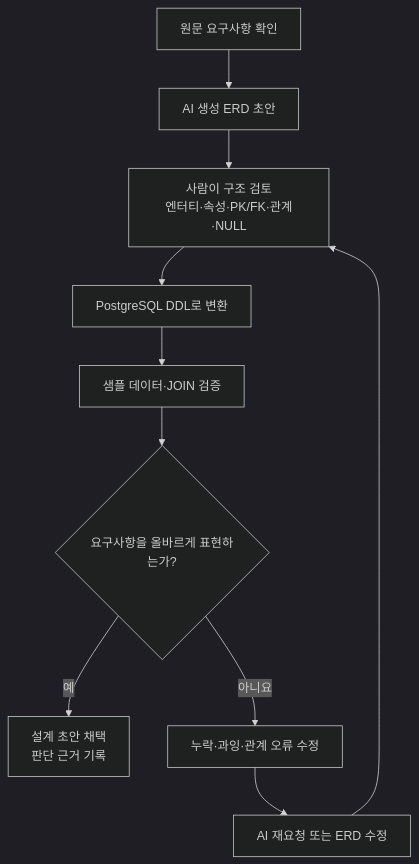
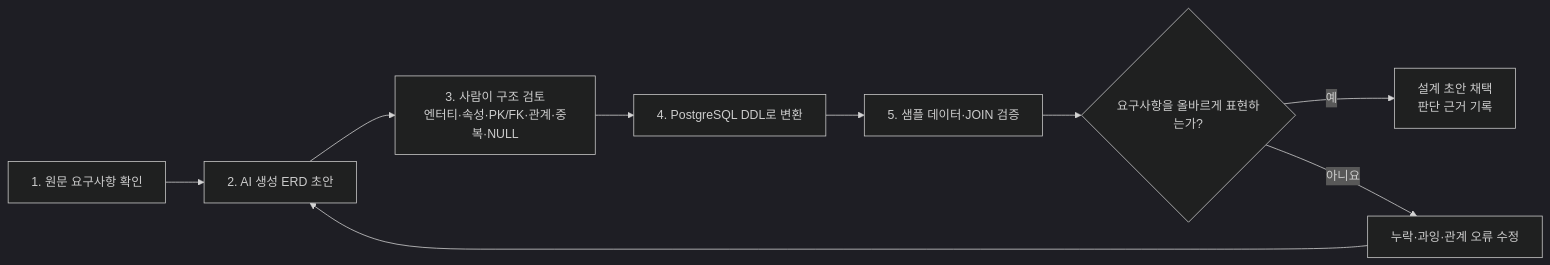
One commit to GilbertMoon/ai-database-book changed the diagram in images/chapter05/ch05_08_ai_erd_review_flow.mmd. Above: the diagram before and after it, drawn with Mermaid (dark theme).

Commit message:
Finalize Chapter 05 AI ERD review Mermaid

```diff
--- a/images/chapter05/ch05_08_ai_erd_review_flow.mmd
+++ b/images/chapter05/ch05_08_ai_erd_review_flow.mmd
@@ -1,14 +1,9 @@
-flowchart TD
-    A[원문 요구사항 확인]
-    B[AI 생성 ERD 초안]
-    C[사람이 구조 검토<br/>엔터티·속성·PK/FK·관계·NULL]
-    D[PostgreSQL DDL로 변환]
-    E[샘플 데이터·JOIN 검증]
-    F{요구사항을 올바르게 표현하는가?}
-    G[설계 초안 채택<br/>판단 근거 기록]
-    H[누락·과잉·관계 오류 수정]
-    I[AI 재요청 또는 ERD 수정]
-
-    A --> B --> C --> D --> E --> F
-    F -- 예 --> G
-    F -- 아니요 --> H --> I --> C
+flowchart LR
+    A[1. 원문 요구사항 확인] --> B[2. AI 생성 ERD 초안]
+    B --> C[3. 사람이 구조 검토<br/>엔터티·속성·PK/FK·관계·중복·NULL]
+    C --> D[4. PostgreSQL DDL로 변환]
+    D --> E[5. 샘플 데이터·JOIN 검증]
+    E --> F{요구사항을 올바르게 표현하는가?}
+    F -- 예 --> G[설계 초안 채택<br/>판단 근거 기록]
+    F -- 아니요 --> H[누락·과잉·관계 오류 수정]
+    H --> B
```
